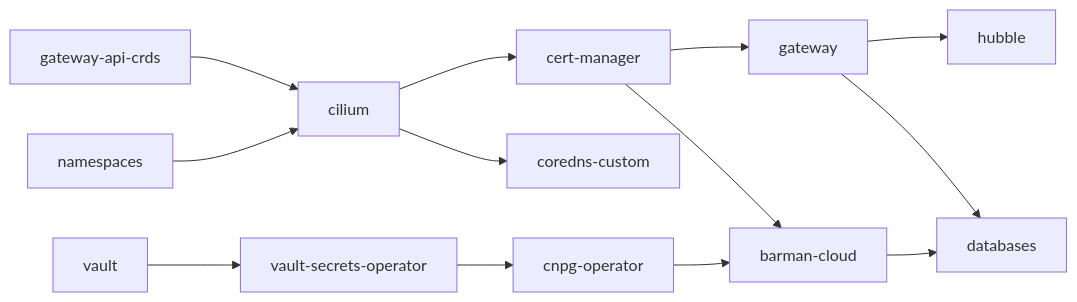
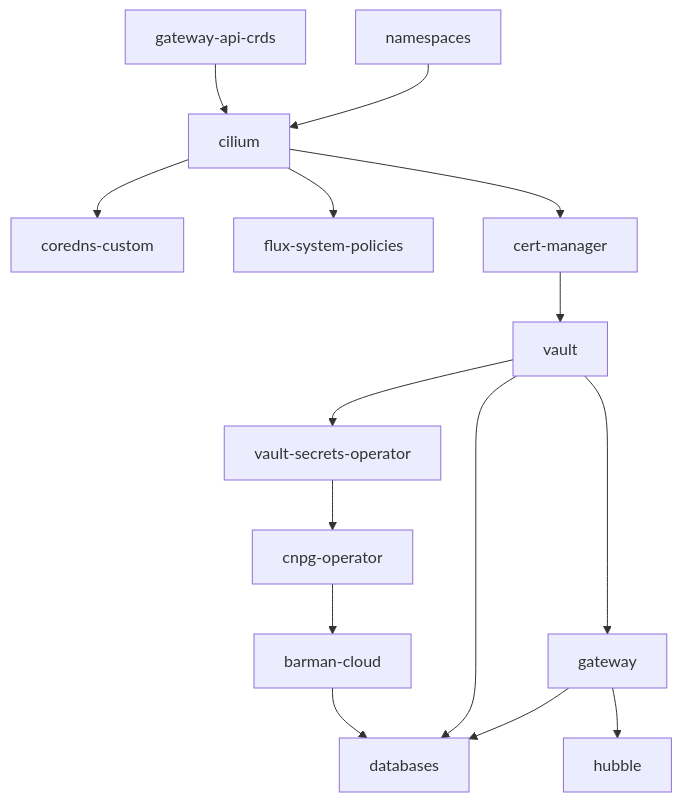
One commit to DragonBishop/data_science_cluster changed the diagram in INSTALLATION.md. Above: the diagram before and after it, drawn with Mermaid. The commit also changed other lines of this file and 2 other files, not shown here.

Commit message:
docs: update INSTALLATION, README, and troubleshooting for Vault PKI rollout

````diff
--- a/INSTALLATION.md
+++ b/INSTALLATION.md
@@ -268,23 +267,25 @@
 ```mermaid
-flowchart LR
-    crds[gateway-api-crds]
-    ns[namespaces]
-    cilium
-    certmgr[cert-manager]
-    gw[gateway]
-    hubble
-    coredns[coredns-custom]
-    vault
-    vso[vault-secrets-operator]
-    cnpg[cnpg-operator]
-    barman[barman-cloud]
-    db[databases]
+flowchart TD
+    %% Base Foundations
+    crds["gateway-api-crds"] --> cilium["cilium"]
+    ns["namespaces"] --> cilium
 
-    crds --> cilium
-    ns --> cilium
-    cilium --> certmgr --> gw --> hubble
+    %% Core Services & PKI
+    cilium --> coredns["coredns-custom"]
+    cilium --> fluxpolicies["flux-system-policies"]
+    cilium --> certmgr["cert-manager"]
+    certmgr --> vault["vault"]
+
+    %% Platform Services
+    vault --> vso["vault-secrets-operator"]
+    vso --> cnpg["cnpg-operator"]
+    cnpg --> barman["barman-cloud"]
+
+    vault --> gw["gateway"]
+    gw --> hubble["hubble"]
+
+    %% Applications
+    barman --> db["databases"]
+    vault --> db
     gw --> db
-    cilium --> coredns
-    vault --> vso --> cnpg --> barman --> db
-    certmgr --> barman
 ```
````
